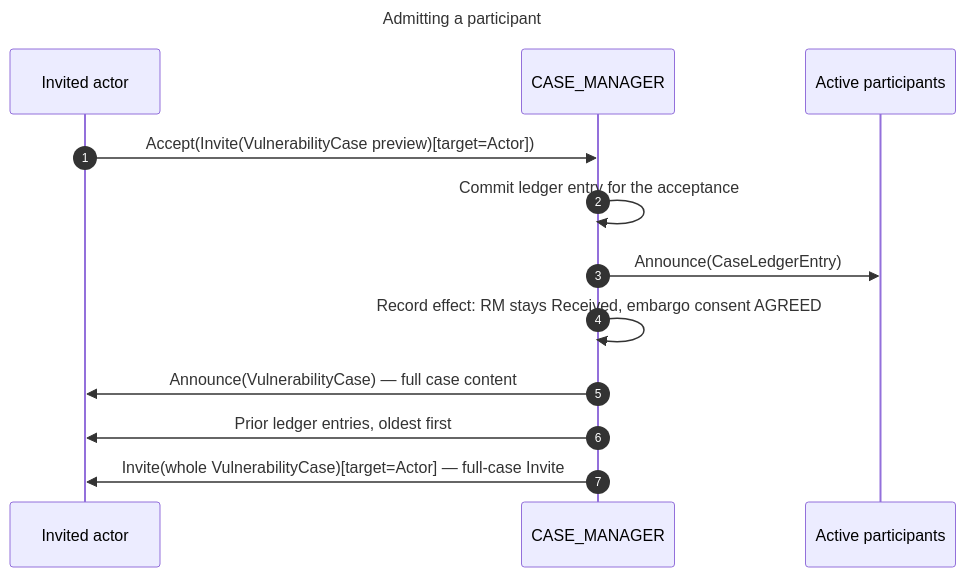
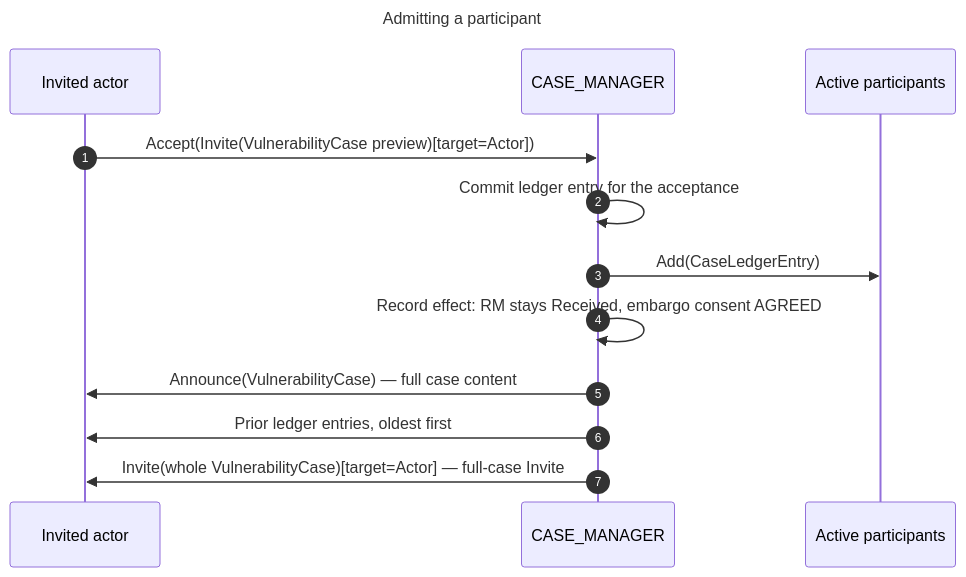
One commit to CERTCC/Vultron changed the diagram in docs/reference/vultron-spec/_model-interactions.md. Above: the diagram before and after it, drawn with Mermaid. The commit also changed other lines of this file and 358 other files, not shown here.

First line of the commit message:
feat(sync): a ledger commit goes out as an Add to the case's ledger

````diff
--- a/docs/reference/vultron-spec/_model-interactions.md
+++ b/docs/reference/vultron-spec/_model-interactions.md
@@ -22,18 +22,18 @@
 ```mermaid
 ---
 title: Admitting a participant
 ---
 sequenceDiagram
     autonumber
     participant I as Invited actor
     participant CM as CASE_MANAGER
     participant P as Active participants
 
     I->>CM: Accept(Invite(VulnerabilityCase preview)[target=Actor])
     CM->>CM: Commit ledger entry for the acceptance
-    CM->>P: Announce(CaseLedgerEntry)
+    CM->>P: Add(CaseLedgerEntry)
     CM->>CM: Record effect: RM stays Received, embargo consent AGREED
     CM->>I: Announce(VulnerabilityCase) — full case content
     CM->>I: Prior ledger entries, oldest first
     CM->>I: Invite(whole VulnerabilityCase)[target=Actor] — full-case Invite
 ```
````
